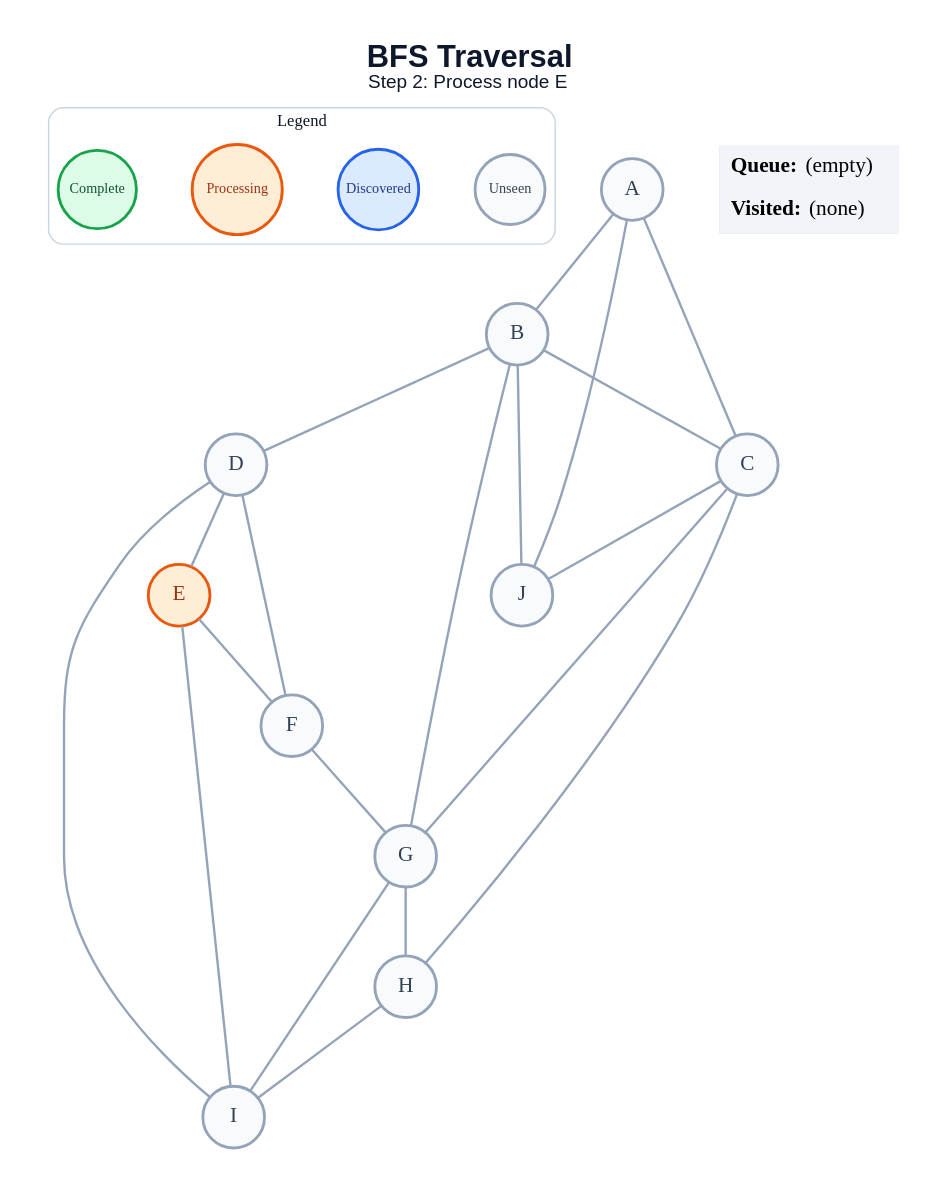
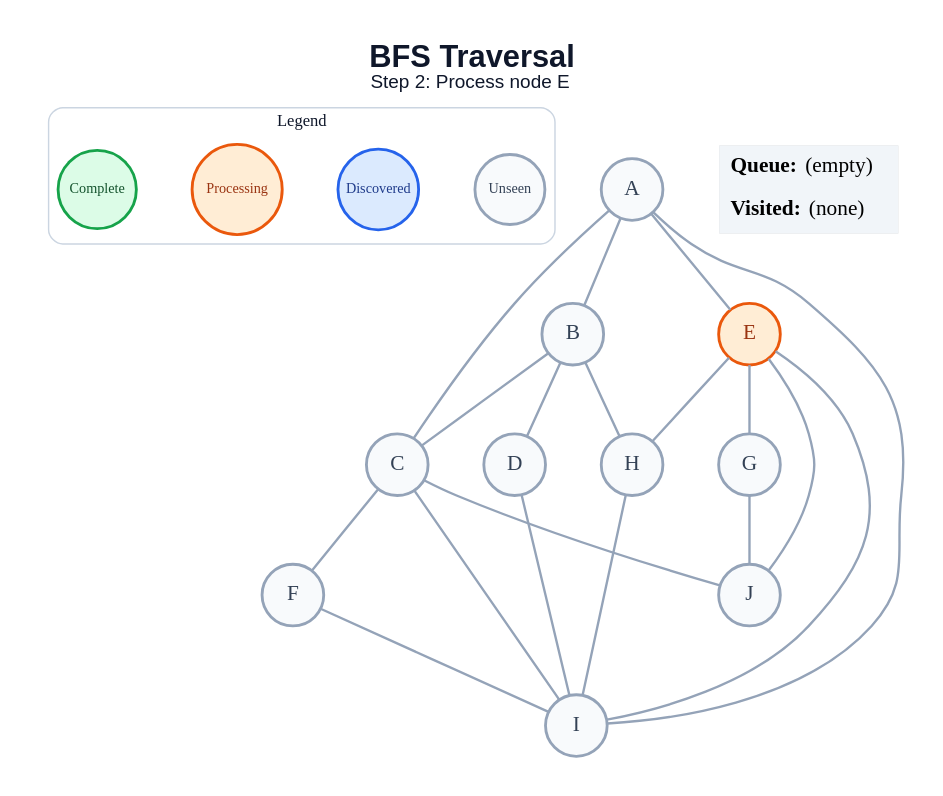
The diagram in generated/specific-node/bfs/step_02.dot (amanghodawala9/ai-slop), drawn with Graphviz before and after one commit. The commit also changed 178 other files, not shown here.

```diff
--- a/generated/specific-node/bfs/step_02.dot
+++ b/generated/specific-node/bfs/step_02.dot
@@ -1,48 +1,47 @@
 graph traversal {
   graph [layout=dot, rankdir=TB, bgcolor="#FFFFFF", pad="0.35", nodesep="0.65", ranksep="0.8", fontname="Arial"];
   node [shape=circle, style="filled", fontname="Arial Bold", fontsize=18, width=0.72, fixedsize=true, penwidth=2.4];
   edge [color="#94A3B8", penwidth=2.0];
   label=<<B>BFS Traversal</B><BR/><FONT POINT-SIZE="16">Step 2: Process node E</FONT>>; labelloc="t"; fontsize=26; fontname="Arial"; fontcolor="#0F172A";
   subgraph cluster_legend { label="Legend"; color="#CBD5E1"; penwidth=1.2; style="rounded"; fontsize=14; fontname="Arial Bold";
     key_unseen [label="Unseen", fillcolor="#F8FAFC", color="#94A3B8", fontcolor="#334155", fontsize=12, width=0.82];
     key_frontier [label="Discovered", fillcolor="#DBEAFE", color="#2563EB", fontcolor="#1E3A8A", fontsize=12, width=0.95];
     key_current [label="Processing", fillcolor="#FFEDD5", color="#EA580C", fontcolor="#9A3412", fontsize=12, width=1.05];
     key_done [label="Complete", fillcolor="#DCFCE7", color="#16A34A", fontcolor="#14532D", fontsize=12, width=0.92];
     { rank=same; key_unseen; key_frontier; key_current; key_done; }
   }
   A [fillcolor="#F8FAFC", color="#94A3B8", fontcolor="#334155"];
   B [fillcolor="#F8FAFC", color="#94A3B8", fontcolor="#334155"];
   C [fillcolor="#F8FAFC", color="#94A3B8", fontcolor="#334155"];
   D [fillcolor="#F8FAFC", color="#94A3B8", fontcolor="#334155"];
   E [fillcolor="#FFEDD5", color="#EA580C", fontcolor="#9A3412"];
   F [fillcolor="#F8FAFC", color="#94A3B8", fontcolor="#334155"];
   G [fillcolor="#F8FAFC", color="#94A3B8", fontcolor="#334155"];
   H [fillcolor="#F8FAFC", color="#94A3B8", fontcolor="#334155"];
   I [fillcolor="#F8FAFC", color="#94A3B8", fontcolor="#334155"];
   J [fillcolor="#F8FAFC", color="#94A3B8", fontcolor="#334155"];
   A -- B;
   A -- C;
-  A -- J;
+  A -- E;
+  A -- I;
   B -- C;
   B -- D;
-  B -- G;
-  B -- J;
-  C -- G;
-  C -- H;
+  B -- H;
+  C -- F;
+  C -- I;
   C -- J;
-  D -- E;
-  D -- F;
   D -- I;
-  E -- F;
+  E -- G;
+  E -- H;
   E -- I;
-  F -- G;
-  G -- H;
-  G -- I;
+  E -- J;
+  F -- I;
+  G -- J;
   H -- I;
   status [shape=plain, fixedsize=false, width=0, height=0, margin=0, label=<
     <TABLE BORDER="0" CELLBORDER="0" CELLPADDING="7" BGCOLOR="#F1F5F9">
       <TR><TD ALIGN="LEFT"><B>Queue:</B> (empty)</TD></TR>
       <TR><TD ALIGN="LEFT"><B>Visited:</B> (none)</TD></TR>
     </TABLE>
   >];
 }
```
